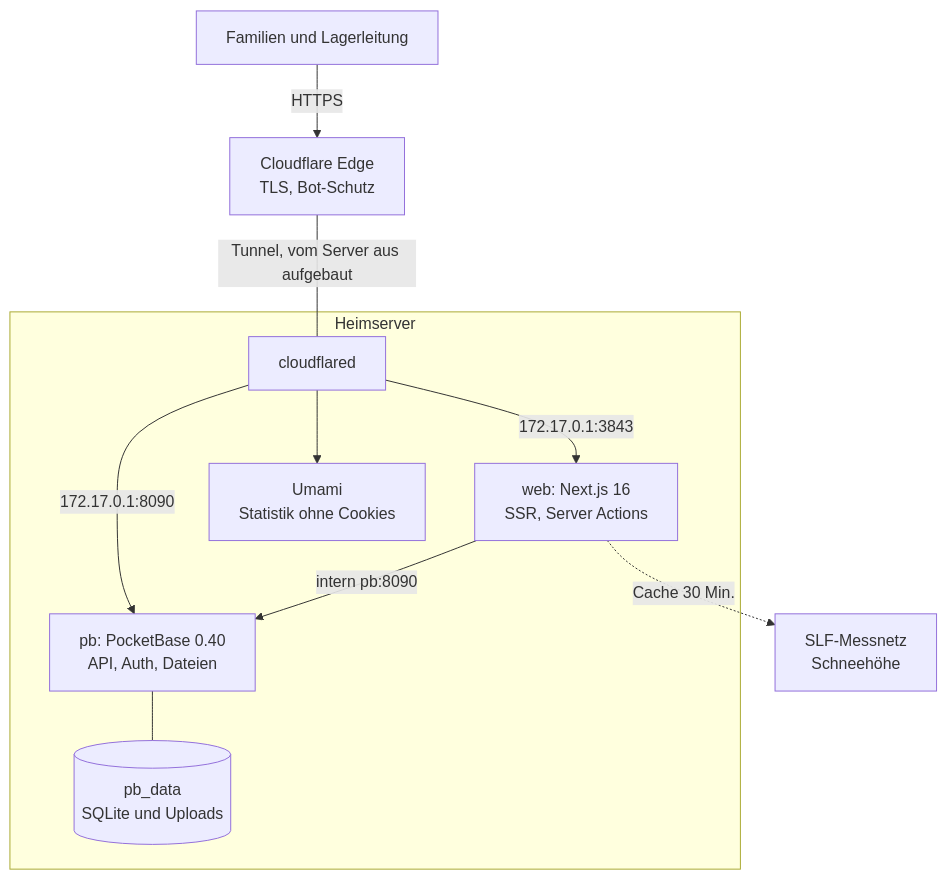
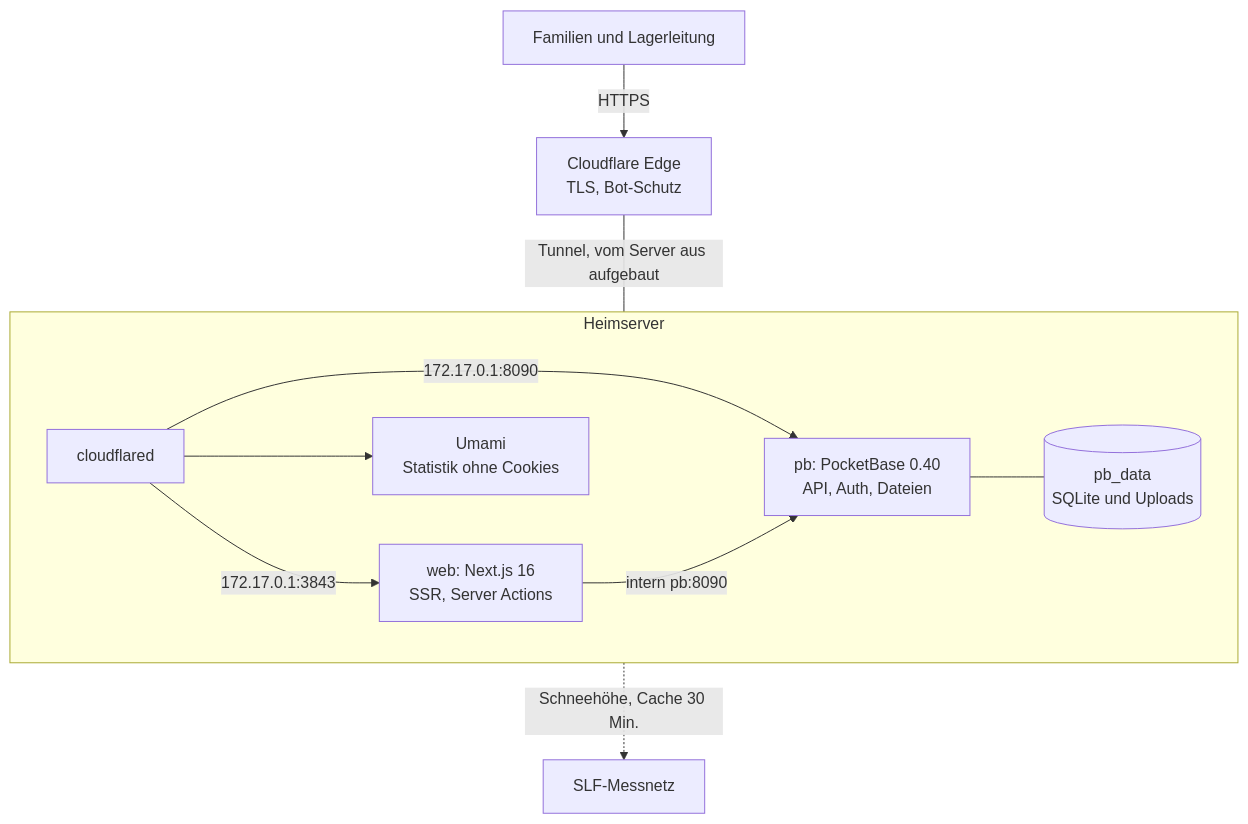
Before and after one commit to marcstae/fitundfun-webseite: the first of 2 diagrams in README.md, drawn with Mermaid.

Commit message:
docs: Architekturdiagramm kompakter (Dienste des Heimservers nebeneinander)
Von oben nach unten war es auf GitHub rund 1500 px hoch.

````diff
--- a/README.md
+++ b/README.md
@@ -42,14 +42,14 @@
 ```mermaid
 flowchart TB
   U["Familien und Lagerleitung"] -->|HTTPS| CF["Cloudflare Edge<br/>TLS, Bot-Schutz"]
-  CF ---|"Tunnel, vom Server aus aufgebaut"| T
+  CF ---|"Tunnel, vom Server aus aufgebaut"| H
   subgraph H["Heimserver"]
-    T["cloudflared"]
-    T -->|"172.17.0.1:3843"| W["web: Next.js 16<br/>SSR, Server Actions"]
+    direction LR
+    T["cloudflared"] -->|"172.17.0.1:3843"| W["web: Next.js 16<br/>SSR, Server Actions"]
     T -->|"172.17.0.1:8090"| P["pb: PocketBase 0.40<br/>API, Auth, Dateien"]
     T --> M["Umami<br/>Statistik ohne Cookies"]
     W -->|"intern pb:8090"| P
     P --- D[("pb_data<br/>SQLite und Uploads")]
   end
-  W -.->|"Cache 30 Min."| S["SLF-Messnetz<br/>Schneehöhe"]
+  H -.->|"Schneehöhe, Cache 30 Min."| S["SLF-Messnetz"]
 ```
````
